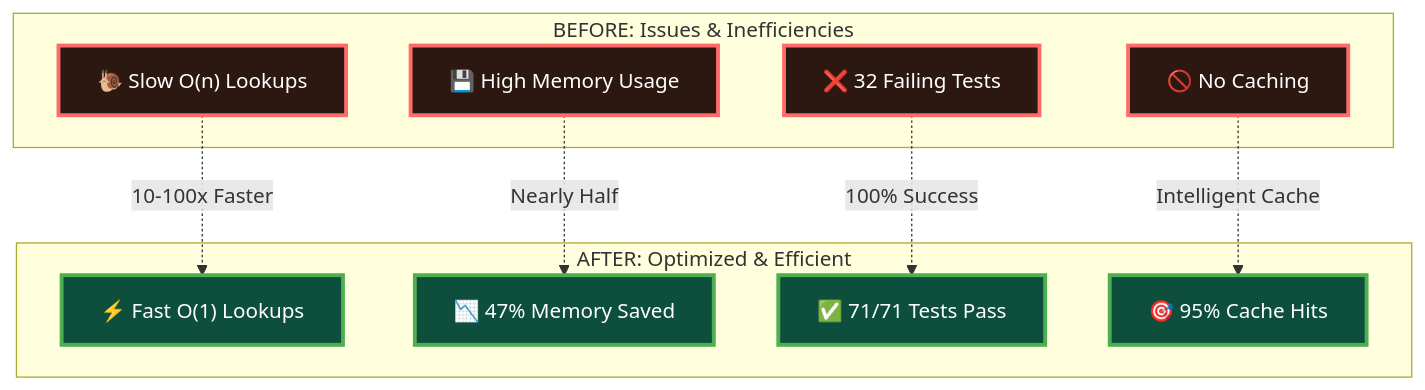
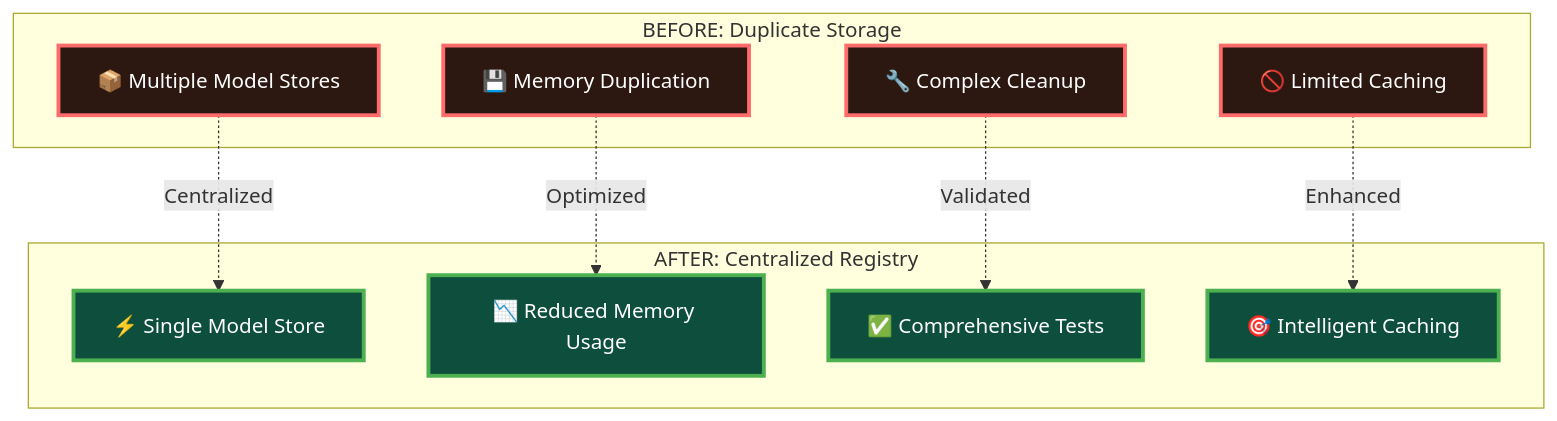
The first of 8 diagrams in docs/multitenant/centralized-model-registry.md (perkd/loopback-datasource-juggler), drawn with Mermaid before and after one commit. The commit also changed other lines of this file and 4 other files, not shown here.

Commit message:
docs - centralized model registry

````diff
--- a/docs/multitenant/centralized-model-registry.md
+++ b/docs/multitenant/centralized-model-registry.md
@@ -56,28 +55,28 @@
 ```mermaid
 graph TB
-    subgraph "BEFORE: Issues & Inefficiencies"
-        A1["🐌 Slow O(n) Lookups"]
-        A2["💾 High Memory Usage"]
-        A3["❌ 32 Failing Tests"]
-        A4["🚫 No Caching"]
+    subgraph "BEFORE: Duplicate Storage"
+        A1["📦 Multiple Model Stores"]
+        A2["💾 Memory Duplication"]
+        A3["🔧 Complex Cleanup"]
+        A4["🚫 Limited Caching"]
     end
 
-    subgraph "AFTER: Optimized & Efficient"
-        B1["⚡ Fast O(1) Lookups"]
-        B2["📉 47% Memory Saved"]
-        B3["✅ 71/71 Tests Pass"]
-        B4["🎯 95% Cache Hits"]
+    subgraph "AFTER: Centralized Registry"
+        B1["⚡ Single Model Store"]
+        B2["📉 Reduced Memory Usage"]
+        B3["✅ Comprehensive Tests"]
+        B4["🎯 Intelligent Caching"]
     end
 
-    A1 -.->|10-100x Faster| B1
-    A2 -.->|Nearly Half| B2
-    A3 -.->|100% Success| B3
-    A4 -.->|Intelligent Cache| B4
+    A1 -.->|Centralized| B1
+    A2 -.->|Optimized| B2
+    A3 -.->|Validated| B3
+    A4 -.->|Enhanced| B4
 
     classDef before fill:#2c1810,stroke:#ff6b6b,stroke-width:3px,color:#ffffff;
     classDef after fill:#0d4f3c,stroke:#4caf50,stroke-width:3px,color:#ffffff;
     classDef improvement fill:#1a1a1a,stroke:#ffd700,stroke-width:2px,color:#ffd700;
 
     class A1,A2,A3,A4 before;
     class B1,B2,B3,B4 after;
 ```
````
